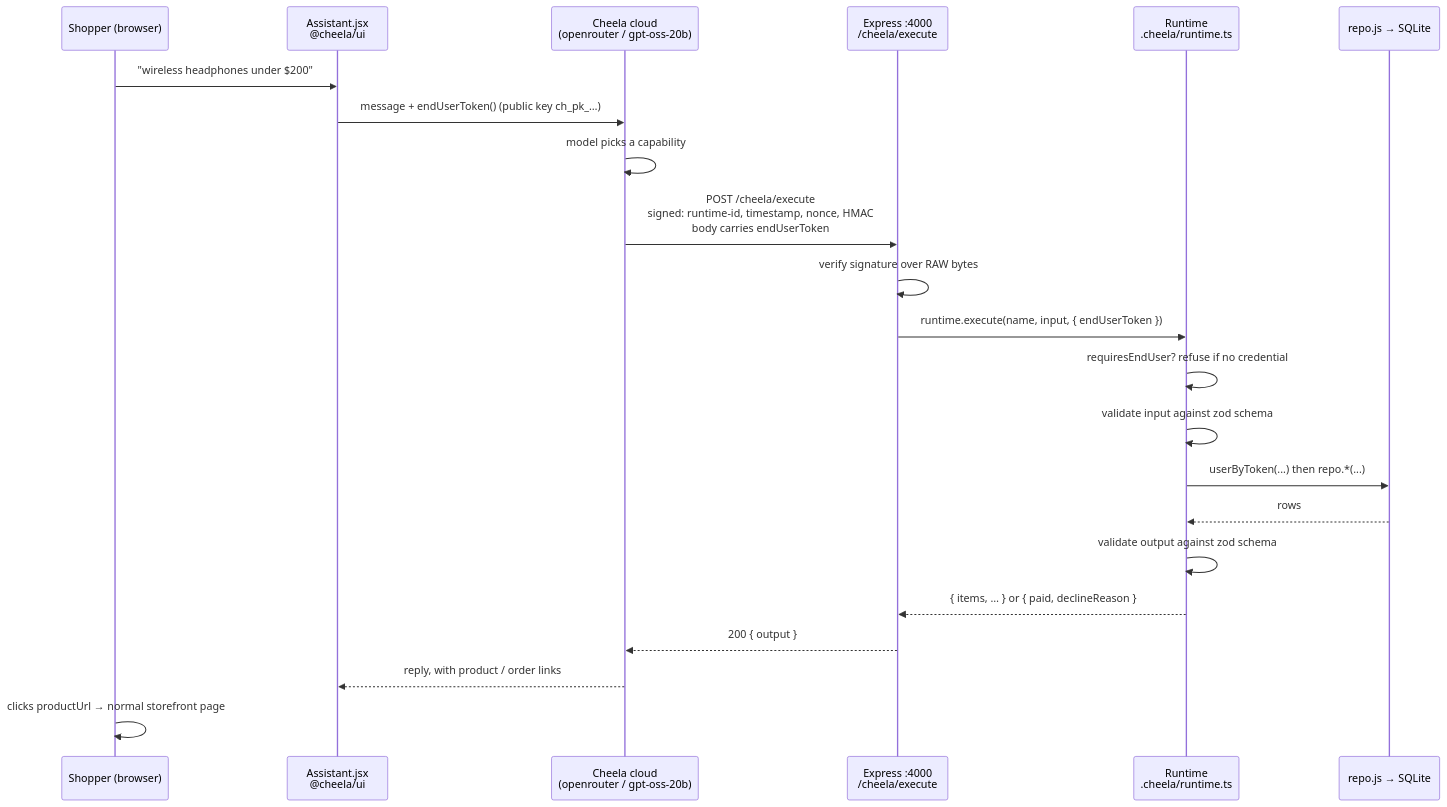
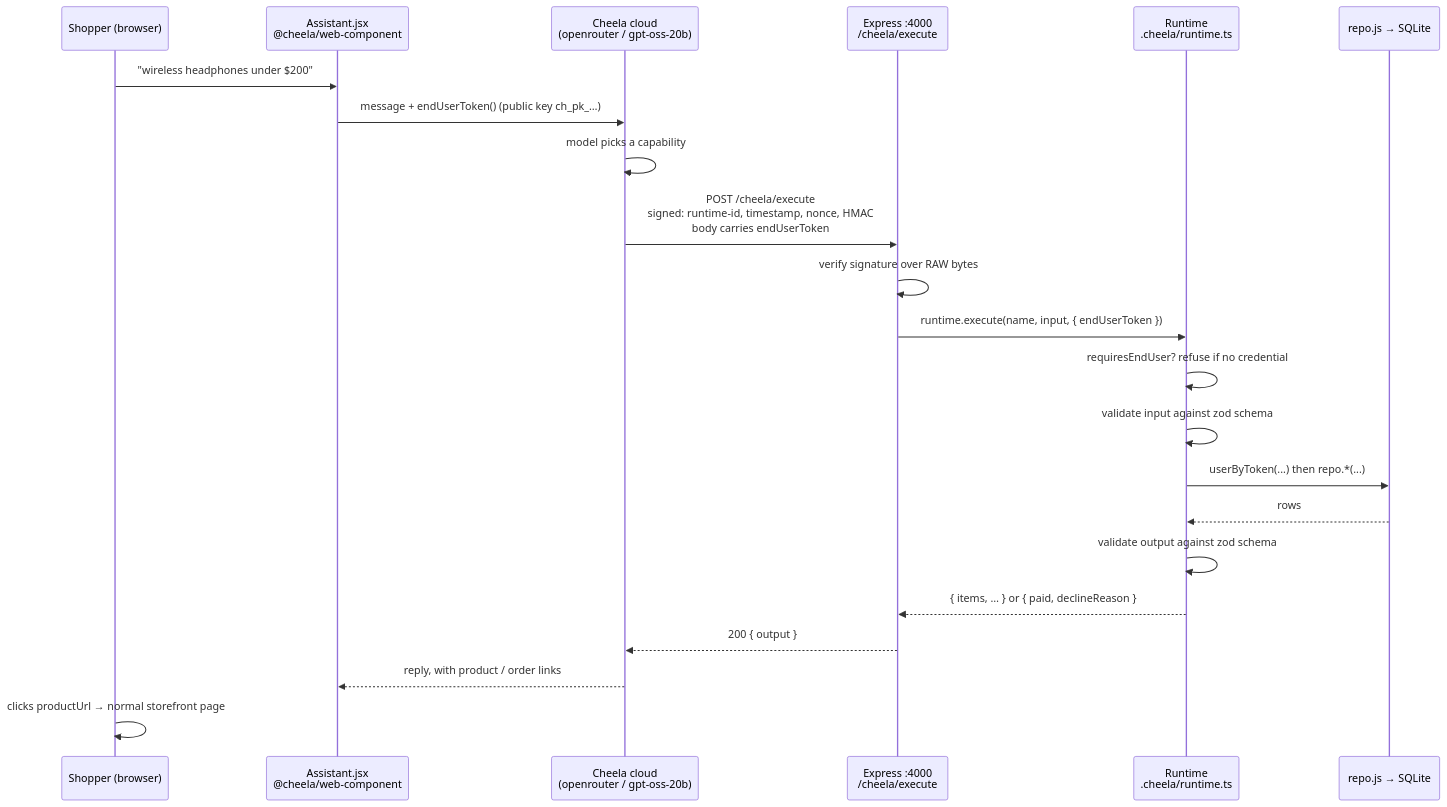
Before and after one commit to Cheela-Labs/demo-shop: the first of 4 diagrams in INTEGRATION.md, drawn with Mermaid. The commit also changed other lines of this file and 6 other files, not shown here.

````diff
--- a/INTEGRATION.md
+++ b/INTEGRATION.md
@@ -37,25 +37,25 @@
 ```mermaid
 sequenceDiagram
     participant U as Shopper (browser)
-    participant W as Assistant.jsx<br/>@cheela/ui
+    participant W as Assistant.jsx<br/>@cheela/web-component
     participant C as Cheela cloud<br/>(openrouter / gpt-oss-20b)
     participant E as Express :4000<br/>/cheela/execute
     participant R as Runtime<br/>.cheela/runtime.ts
     participant D as repo.js → SQLite
 
     U->>W: "wireless headphones under $200"
     W->>C: message + endUserToken() (public key ch_pk_…)
     C->>C: model picks a capability
     C->>E: POST /cheela/execute<br/>signed: runtime-id, timestamp, nonce, HMAC<br/>body carries endUserToken
     E->>E: verify signature over RAW bytes
     E->>R: runtime.execute(name, input, { endUserToken })
     R->>R: requiresEndUser? refuse if no credential
     R->>R: validate input against zod schema
     R->>D: userByToken(...) then repo.*(...)
     D-->>R: rows
     R->>R: validate output against zod schema
     R-->>E: { items, … } or { paid, declineReason }
     E-->>C: 200 { output }
     C-->>W: reply, with product / order links
     U->>U: clicks productUrl → normal storefront page
 ```
````
